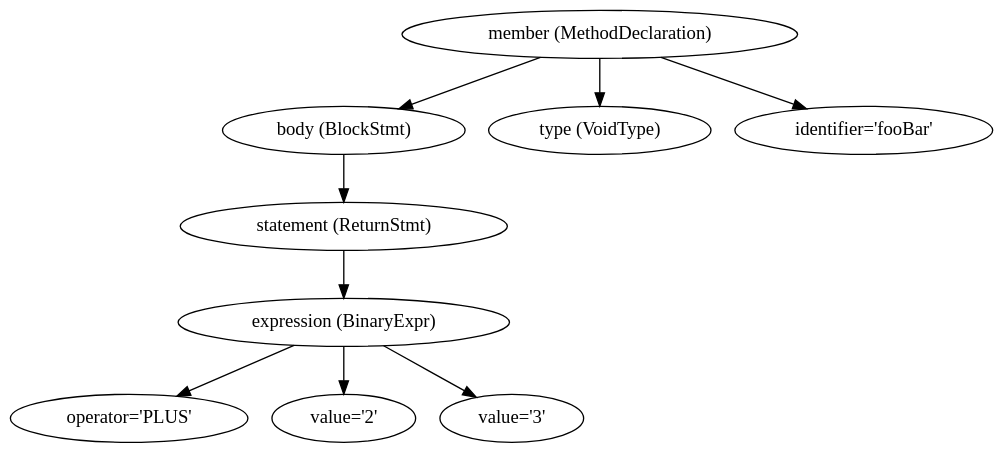
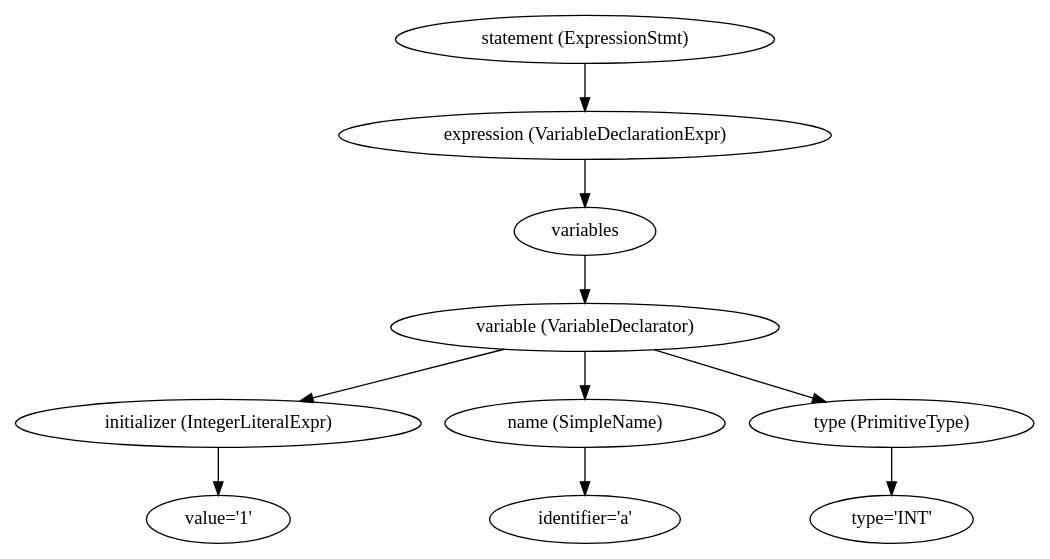
The diagram in JavaExtractor/JPredict/ast_no_com.dot (bacevicius/code2seq_codecaptioning), drawn with Graphviz before and after one commit. The commit also changed 30 other files, not shown here.

```diff
--- a/JavaExtractor/JPredict/ast_no_com.dot
+++ b/JavaExtractor/JPredict/ast_no_com.dot
@@ -1,19 +1,21 @@
-digraph {bgcolor="transparent"
-n7 [label="member (MethodDeclaration)"];
-n8 [label="body (BlockStmt)"];
-n7 -> n8;
-n8 -> n10;
-n10 [label="statement (ReturnStmt)"];
-n11 [label="expression (BinaryExpr)"];
+digraph {
+n10 [label="statement (ExpressionStmt)"];
+n11 [label="expression (VariableDeclarationExpr)"];
 n10 -> n11;
-n12 [label="operator='PLUS'"];
+n12 [label="variables"];
 n11 -> n12;
-n11 -> n14;
-n14 [label="value='2'"];
-n11 -> n16;
-n16 [label="value='3'"];
-n17 [label="type (VoidType)"];
-n7 -> n17;
-n19 [label="identifier='fooBar'"];
-n7 -> n19;
+n13 [label="variable (VariableDeclarator)"];
+n12 -> n13;
+n14 [label="initializer (IntegerLiteralExpr)"];
+n13 -> n14;
+n15 [label="value='1'"];
+n14 -> n15;
+n16 [label="name (SimpleName)"];
+n13 -> n16;
+n17 [label="identifier='a'"];
+n16 -> n17;
+n18 [label="type (PrimitiveType)"];
+n13 -> n18;
+n19 [label="type='INT'"];
+n18 -> n19;
 }
```
